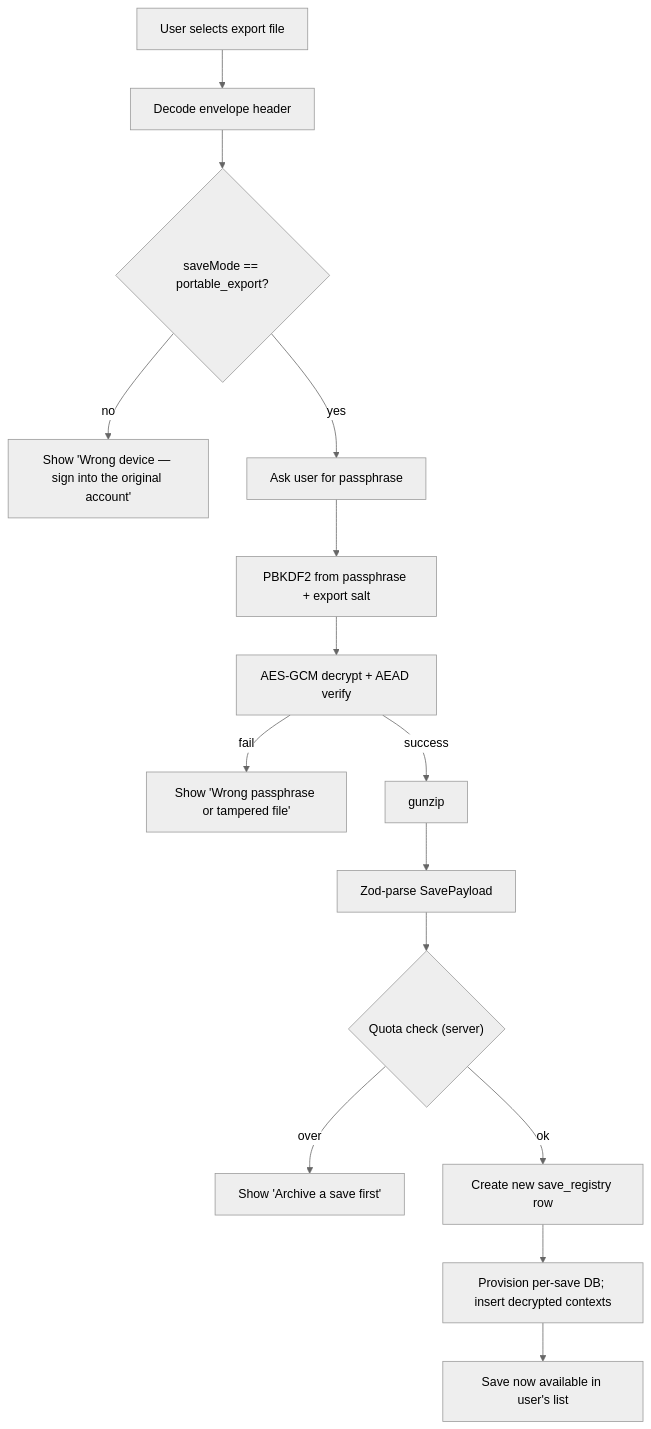
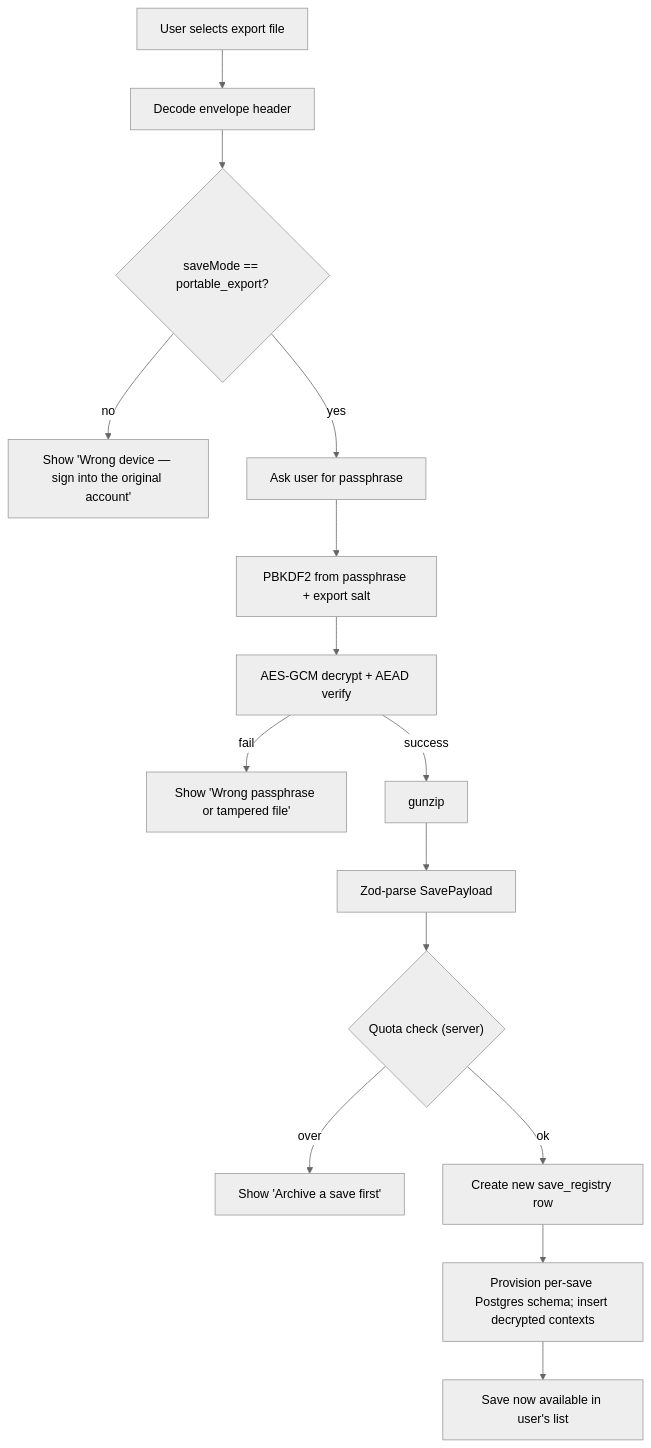
Before and after one commit to EtroxTaran/klubhaus-elf: the second of 2 diagrams in docs/10-Architecture/09-Decisions/ADR-0005-save-format.md, drawn with Mermaid (neutral theme). The commit also changed other lines of this file and 120 other files, not shown here.

````diff
--- a/docs/10-Architecture/09-Decisions/ADR-0005-save-format.md
+++ b/docs/10-Architecture/09-Decisions/ADR-0005-save-format.md
@@ -327,17 +334,17 @@
 ```mermaid
 flowchart TB
   file["User selects export file"] --> hdr["Decode envelope header"]
   hdr --> mode{"saveMode == portable_export?"}
   mode -- no --> err1["Show 'Wrong device — sign into the original account'"]
   mode -- yes --> ask["Ask user for passphrase"]
   ask --> kdf["PBKDF2 from passphrase + export salt"]
   kdf --> dec["AES-GCM decrypt + AEAD verify"]
   dec -- fail --> err2["Show 'Wrong passphrase or tampered file'"]
   dec -- success --> gunzip["gunzip"]
   gunzip --> parse["Zod-parse SavePayload"]
   parse --> quota{"Quota check (server)"}
   quota -- over --> err3["Show 'Archive a save first'"]
   quota -- ok --> create["Create new save_registry row"]
-  create --> import["Provision per-save DB; insert decrypted contexts"]
+  create --> import["Provision per-save Postgres schema; insert decrypted contexts"]
   import --> ready["Save now available in user's list"]
 ```
````
